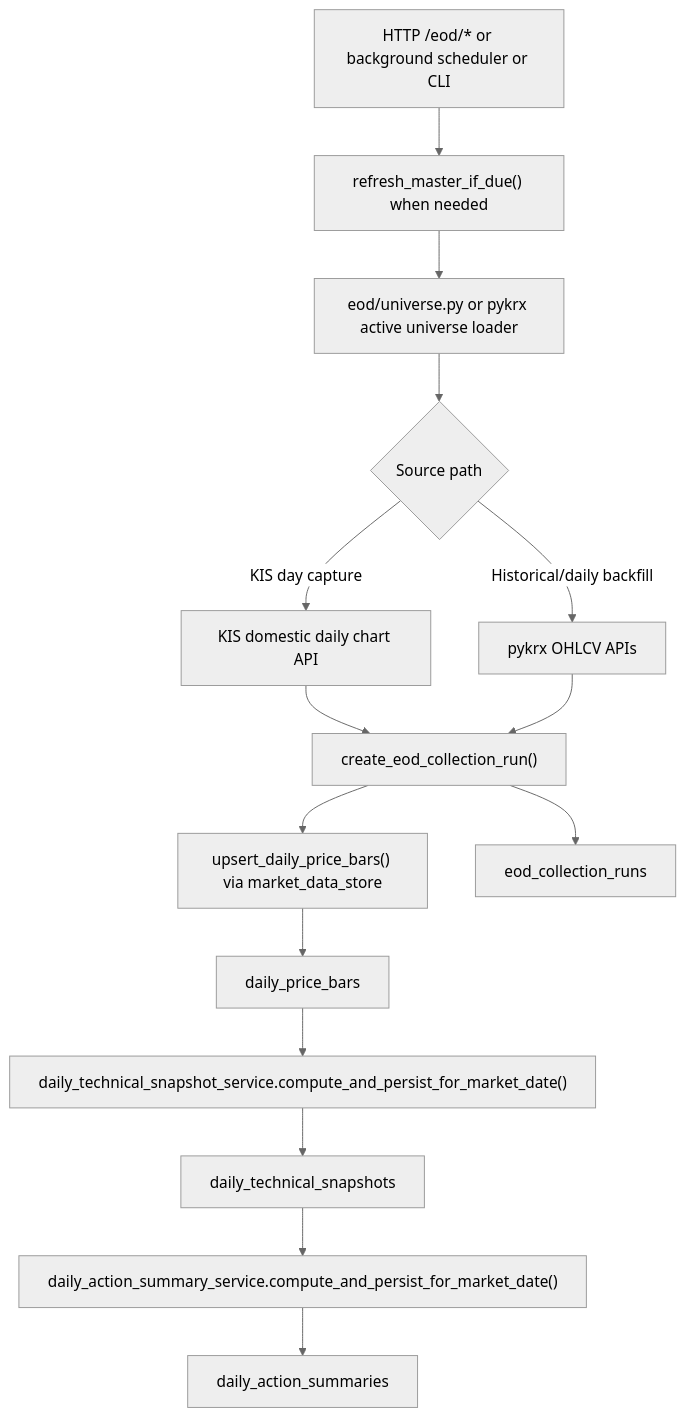
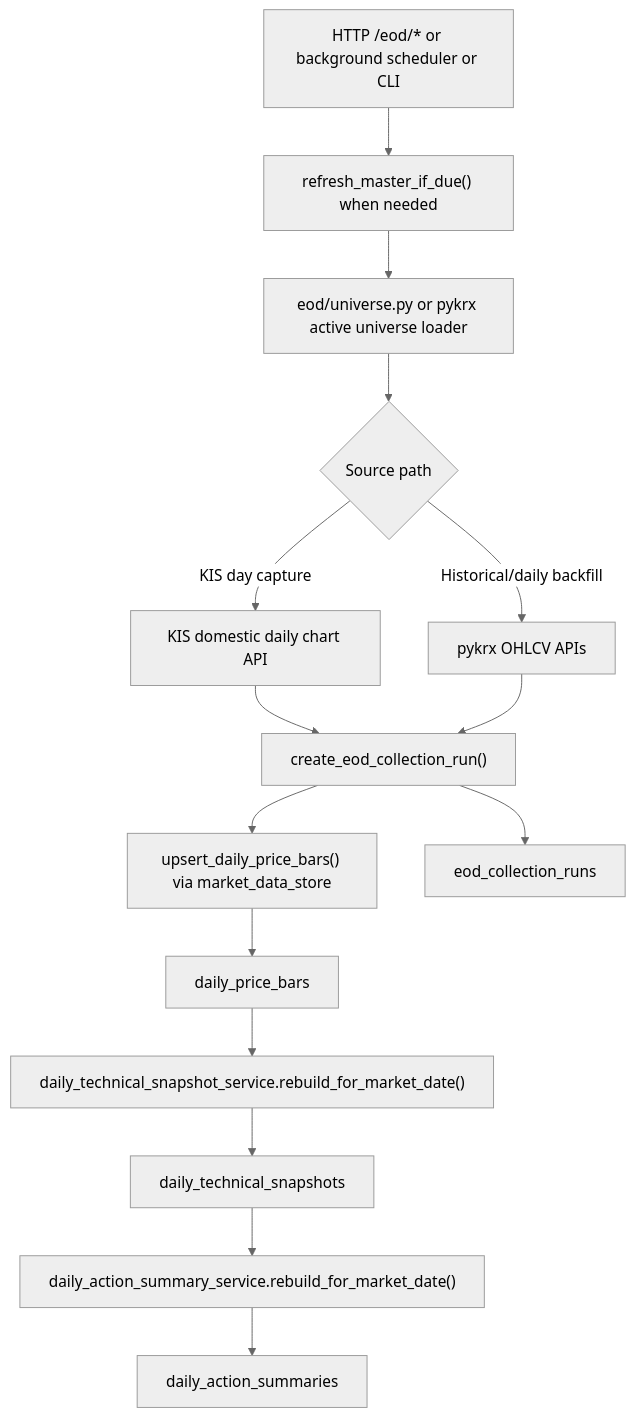
One commit to kiseyno-AI/kai-trading-core changed the second of 6 diagrams in docs/REPOSITORY_ARCHITECTURE.md. Above: the diagram before and after it, drawn with Mermaid (neutral theme). The commit also changed 20 other files, not shown here.

````diff
--- a/docs/REPOSITORY_ARCHITECTURE.md
+++ b/docs/REPOSITORY_ARCHITECTURE.md
@@ -339,17 +339,17 @@
 ```mermaid
 flowchart TD
     Trigger["HTTP /eod/* or background scheduler or CLI"] --> Master["refresh_master_if_due() when needed"]
     Master --> Universe["eod/universe.py or pykrx active universe loader"]
     Universe --> Source{"Source path"}
     Source -->|KIS day capture| KIS["KIS domestic daily chart API"]
     Source -->|Historical/daily backfill| Pykrx["pykrx OHLCV APIs"]
     KIS --> PersistRun["create_eod_collection_run()"]
     Pykrx --> PersistRun
     PersistRun --> PersistBars["upsert_daily_price_bars() via market_data_store"]
     PersistBars --> Bars["daily_price_bars"]
     PersistRun --> Runs["eod_collection_runs"]
-    Bars --> Tech["daily_technical_snapshot_service.compute_and_persist_for_market_date()"]
+    Bars --> Tech["daily_technical_snapshot_service.rebuild_for_market_date()"]
     Tech --> TechTable["daily_technical_snapshots"]
-    TechTable --> Actions["daily_action_summary_service.compute_and_persist_for_market_date()"]
+    TechTable --> Actions["daily_action_summary_service.rebuild_for_market_date()"]
     Actions --> ActionTable["daily_action_summaries"]
 ```
````
